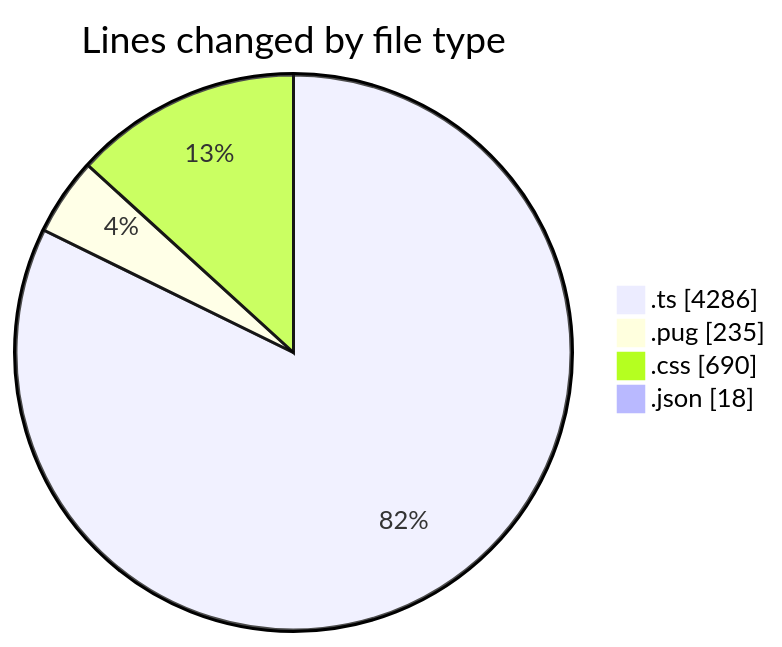
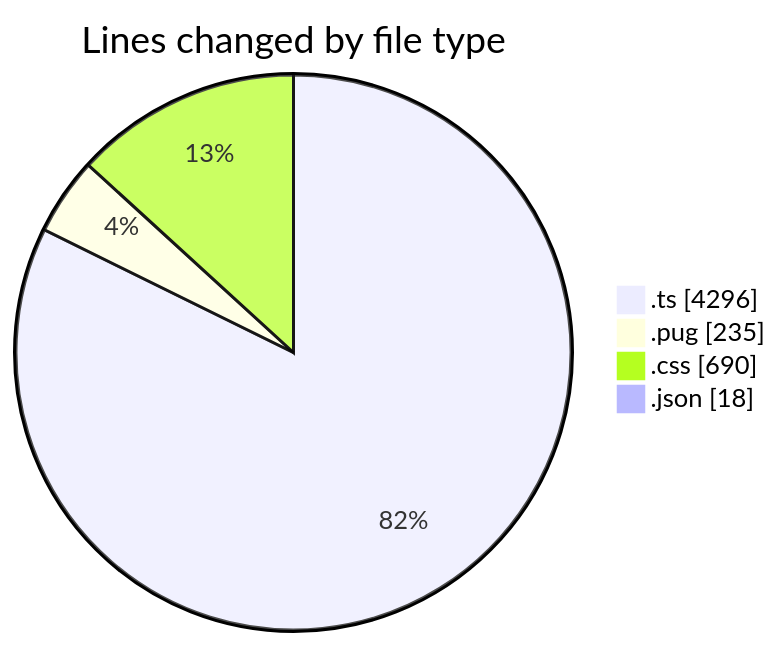
The first of 2 diagrams in 2025-10-31/cda/README.md (momahboobian/code-tracking), drawn with Mermaid before and after one commit. The commit also changed other lines of this file and 1 other file, not shown here.

````diff
--- a/2025-10-31/cda/README.md
+++ b/2025-10-31/cda/README.md
@@ -28,8 +28,8 @@
 ```mermaid
 pie showData
 title Lines changed by file type
-".ts" : 4286
+".ts" : 4296
 ".pug" : 235
 ".css" : 690
 ".json" : 18
 ```
````
